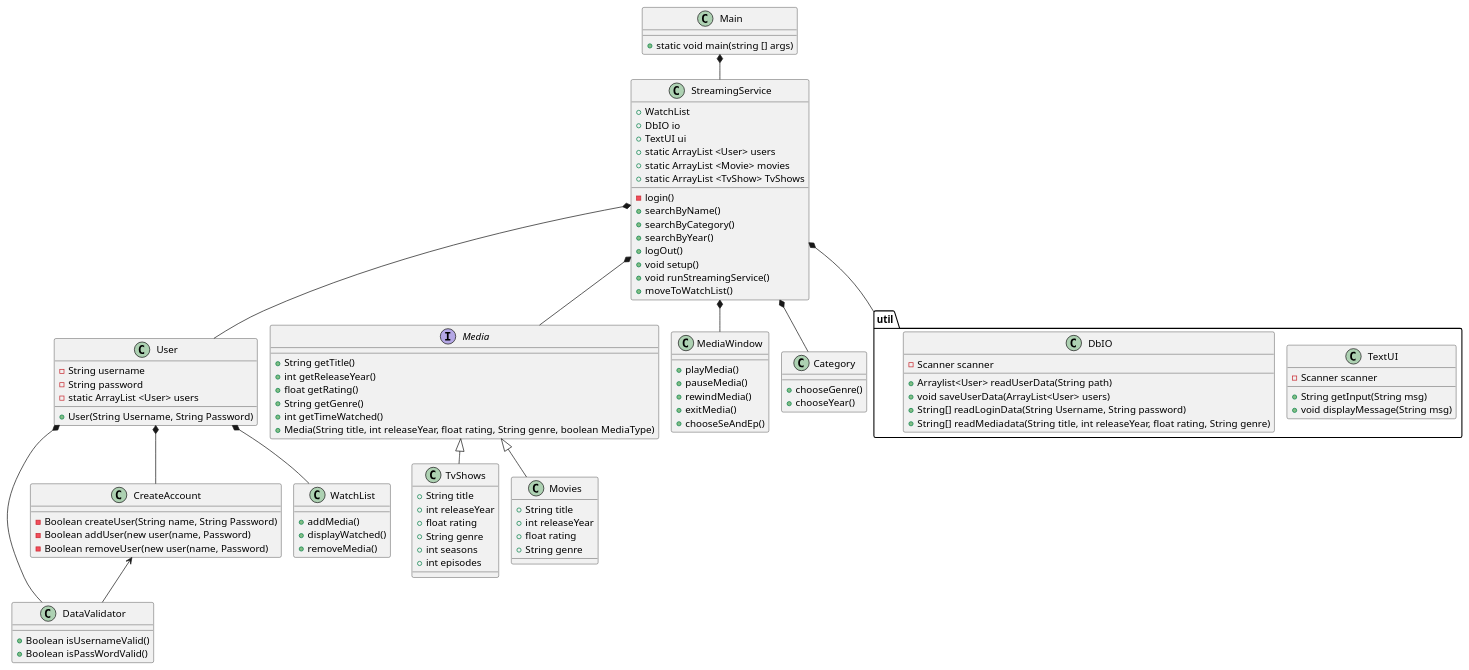
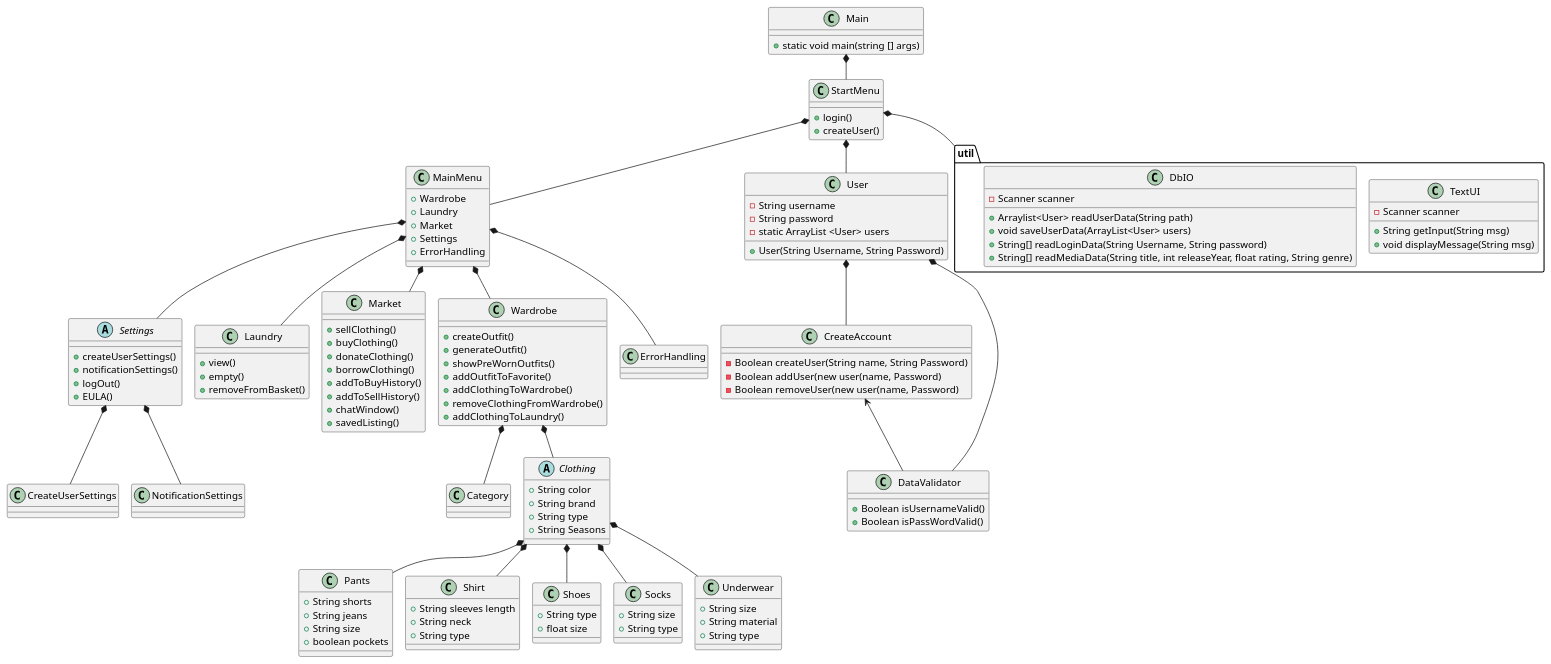
The diagram in doc/static/ClassDiagram.puml (PatrickPlease/ICE-Please), drawn with PlantUML before and after one commit.

Commit message:
Changes by sandramerv

```diff
--- a/doc/static/ClassDiagram.puml
+++ b/doc/static/ClassDiagram.puml
@@ -1,122 +1,152 @@
 @startuml
 'Domænemodellen giver nye entity klasser
 'Pakker, model og util
 !pragma layout smetana
 
 class Main
+class StartMenu
+class MainMenu
+
+class CreateAccount
 class User
 class DataValidator
-class CreateAccount
-class WatchList
-interface Media
-class TvShows
-class Movies
-class MediaWindow
+
+Abstract Settings
+
+class Laundry
+class Market
+class Wardrobe
+class ErrorHandling
 class Category
-class StreamingService
 
+class CreateUserSettings
+class NotificationSettings
+
+Abstract Clothing
+class Pants
+class Shirt
+class Shoes
+class Socks
+class Underwear
 
 package "util"{
        class TextUI
        class DbIO
        }
+Main *-- StartMenu
+StartMenu *-- MainMenu
+MainMenu *-- Settings
+MainMenu *-- Laundry
+MainMenu *-- Market
+MainMenu *-- Wardrobe
+MainMenu *-- ErrorHandling
+Wardrobe *-- Category
 
-Main *-- StreamingService
-StreamingService *-- User
 User *-- DataValidator
 CreateAccount <-- DataValidator
 User *-- CreateAccount
-User *-- WatchList
-StreamingService *-- Media
-Media <|-- Movies
-Media <|-- TvShows
-StreamingService *-- MediaWindow
-StreamingService *-- util
-StreamingService *-- Category
+Settings *-- CreateUserSettings
+Settings *-- NotificationSettings
+Wardrobe *-- Clothing
+Clothing *-- Shoes
+Clothing *-- Shirt
+Clothing *-- Pants
+Clothing *-- Socks
+Clothing *-- Underwear
+
+StartMenu *-- util
+StartMenu *-- User
+
+StartMenu : + login()
+StartMenu : + createUser()
+
+MainMenu : + Wardrobe
+MainMenu : + Laundry
+MainMenu : + Market
+MainMenu : + Settings
+MainMenu : + ErrorHandling
+
+Clothing : + String color
+Clothing : + String brand
+Clothing : + String type
+Clothing : + String Seasons
+
+Shoes : + String type
+Shoes : + float size
+
+Shirt : + String sleeves length
+Shirt : + String neck
+Shirt : + String type
+
+Pants : + String shorts
+Pants : + String jeans
+Pants : + String size
+Pants : + boolean pockets
+
+Socks : + String size
+Socks : + String type
+
+Underwear : + String size
+Underwear : + String material
+Underwear : + String type
+
+Market : + sellClothing()
+Market : + buyClothing()
+Market : + donateClothing()
+Market : + borrowClothing()
+Market : + addToBuyHistory()
+Market : + addToSellHistory()
+Market : + chatWindow()
+Market : + savedListing()
+
+Wardrobe : + createOutfit()
+Wardrobe : + generateOutfit()
+Wardrobe : + showPreWornOutfits()
+Wardrobe : + addOutfitToFavorite()
+Wardrobe : + addClothingToWardrobe()
+Wardrobe : + removeClothingFromWardrobe()
+Wardrobe : + addClothingToLaundry()
+
+Settings : + createUserSettings()
+Settings : + notificationSettings()
+Settings : + logOut()
+Settings : + EULA()
+
+Laundry : + view()
+Laundry : + empty()
+Laundry : + removeFromBasket()
+
 
 Main : + static void main(string [] args)
-
-
-StreamingService : + WatchList
-StreamingService : + DbIO io
-StreamingService : + TextUI ui
-StreamingService : + static ArrayList <User> users
-StreamingService : + static ArrayList <Movie> movies
-StreamingService : + static ArrayList <TvShow> TvShows
-'---_new-----
-StreamingService : - login()
-StreamingService : + searchByName()
-StreamingService : + searchByCategory()
-StreamingService : + searchByYear()
-StreamingService : + logOut()
-StreamingService : + void setup()
-StreamingService : + void runStreamingService()
-StreamingService : + moveToWatchList()
-'-----------
 
 User : - String username
 User : - String password
 User : - static ArrayList <User> users
-'---_new-----
+
+
 User : + User(String Username, String Password)
 
-'-----------
 
-'---_new-----
 DataValidator : + Boolean isUsernameValid()
 DataValidator : + Boolean isPassWordValid()
 '-----------
 
 CreateAccount : - Boolean createUser(String name, String Password)
 CreateAccount : - Boolean addUser(new user(name, Password)
 CreateAccount : - Boolean removeUser(new user(name, Password)
 
 
-WatchList : + addMedia()
-WatchList : + displayWatched()
-WatchList : + removeMedia()
+DbIO : - Scanner scanner
 
-
-Media : + String getTitle()
-Media : + int getReleaseYear()
-Media : + float getRating()
-Media : + String getGenre()
-Media : + int getTimeWatched()
-'---_new-----
-Media : + Media(String title, int releaseYear, float rating, String genre, boolean MediaType)
-'-----------
-
-TvShows : + String title
-TvShows : + int releaseYear
-TvShows : + float rating
-TvShows : + String genre
-TvShows : + int seasons
-TvShows : + int episodes
-
-Movies : + String title
-Movies : + int releaseYear
-Movies : + float rating
-Movies : + String genre
-
-MediaWindow : + playMedia()
-MediaWindow : + pauseMedia()
-MediaWindow : + rewindMedia()
-MediaWindow : + exitMedia()
-MediaWindow : + chooseSeAndEp()
-
-Category : + chooseGenre()
-Category : + chooseYear()
-
-DbIO : - Scanner scanner
 '---_new-----
 DbIO : + Arraylist<User> readUserData(String path)
 DbIO : + void saveUserData(ArrayList<User> users)
 DbIO : + String[] readLoginData(String Username, String password)
-DbIO : + String[] readMediadata(String title, int releaseYear, float rating, String genre)
+DbIO : + String[] readMediaData(String title, int releaseYear, float rating, String genre)
 '-----------
 
 TextUI : + String getInput(String msg)
 TextUI : - Scanner scanner
 TextUI : + void displayMessage(String msg)
 
 @enduml
```
